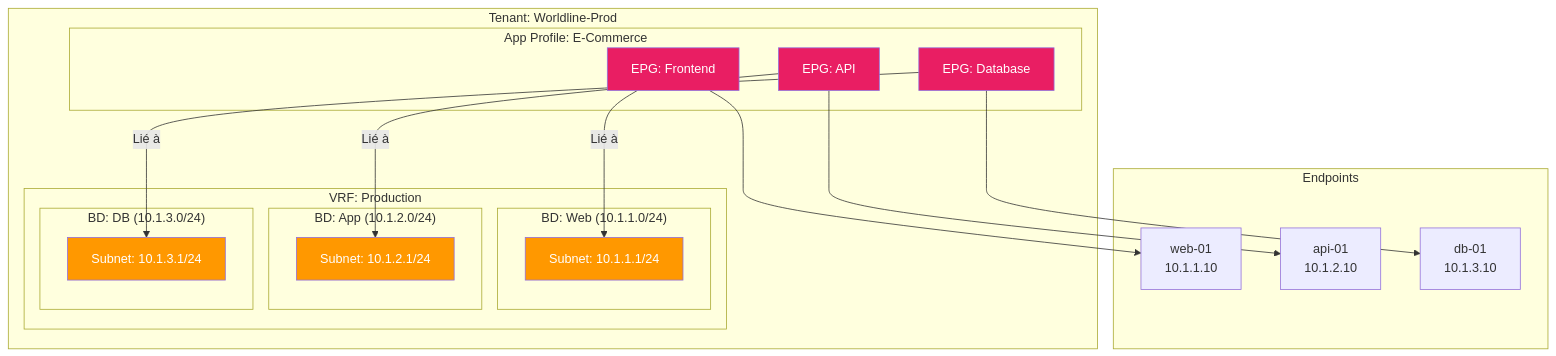
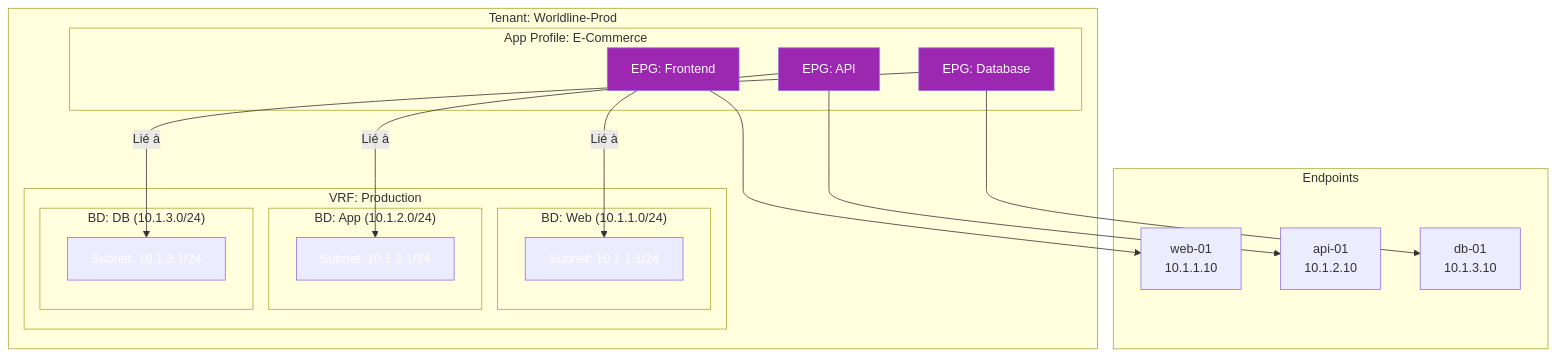
Before and after one commit to VBlackJack/ShellBook: diagram 11 of 11 in docs/formations/terraform-aci/03-module.md, drawn with Mermaid. The commit also changed other lines of this file and 337 other files, not shown here.

First line of the commit message:
refactor(docs): Standardize code blocks and Mermaid colors

````diff
--- a/docs/formations/terraform-aci/03-module.md
+++ b/docs/formations/terraform-aci/03-module.md
@@ -626,43 +626,43 @@
 ```mermaid
 graph TB
     subgraph "Tenant: Worldline-Prod"
         subgraph "VRF: Production"
             subgraph "BD: Web (10.1.1.0/24)"
                 SUBNET_WEB["Subnet: 10.1.1.1/24"]
             end
             subgraph "BD: App (10.1.2.0/24)"
                 SUBNET_APP["Subnet: 10.1.2.1/24"]
             end
             subgraph "BD: DB (10.1.3.0/24)"
                 SUBNET_DB["Subnet: 10.1.3.1/24"]
             end
         end
 
         subgraph "App Profile: E-Commerce"
             EPG_FE["EPG: Frontend"]
             EPG_API["EPG: API"]
             EPG_DB["EPG: Database"]
         end
     end
 
     EPG_FE -->|"Lié à"| SUBNET_WEB
     EPG_API -->|"Lié à"| SUBNET_APP
     EPG_DB -->|"Lié à"| SUBNET_DB
 
     subgraph "Endpoints"
         VM1["web-01<br/>10.1.1.10"]
         VM2["api-01<br/>10.1.2.10"]
         VM3["db-01<br/>10.1.3.10"]
     end
 
     EPG_FE --> VM1
     EPG_API --> VM2
     EPG_DB --> VM3
 
-    style EPG_FE fill:#e91e63,color:#fff
-    style EPG_API fill:#e91e63,color:#fff
-    style EPG_DB fill:#e91e63,color:#fff
-    style SUBNET_WEB fill:#ff9800,color:#fff
-    style SUBNET_APP fill:#ff9800,color:#fff
-    style SUBNET_DB fill:#ff9800,color:#fff
+    style EPG_FE fill:#9C27B0,color:#fff
+    style EPG_API fill:#9C27B0,color:#fff
+    style EPG_DB fill:#9C27B0,color:#fff
+    style SUBNET_WEB fill:#FF9800800800,color:#fff
+    style SUBNET_APP fill:#FF9800800800,color:#fff
+    style SUBNET_DB fill:#FF9800800800,color:#fff
 ```
````
